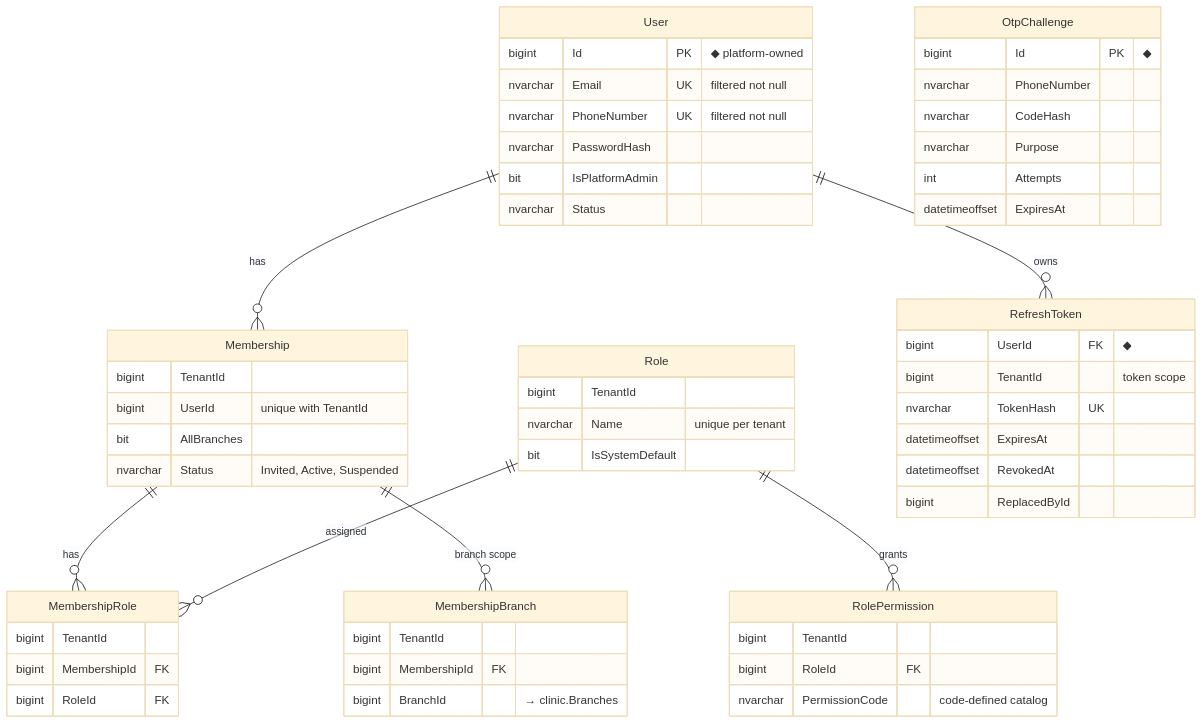
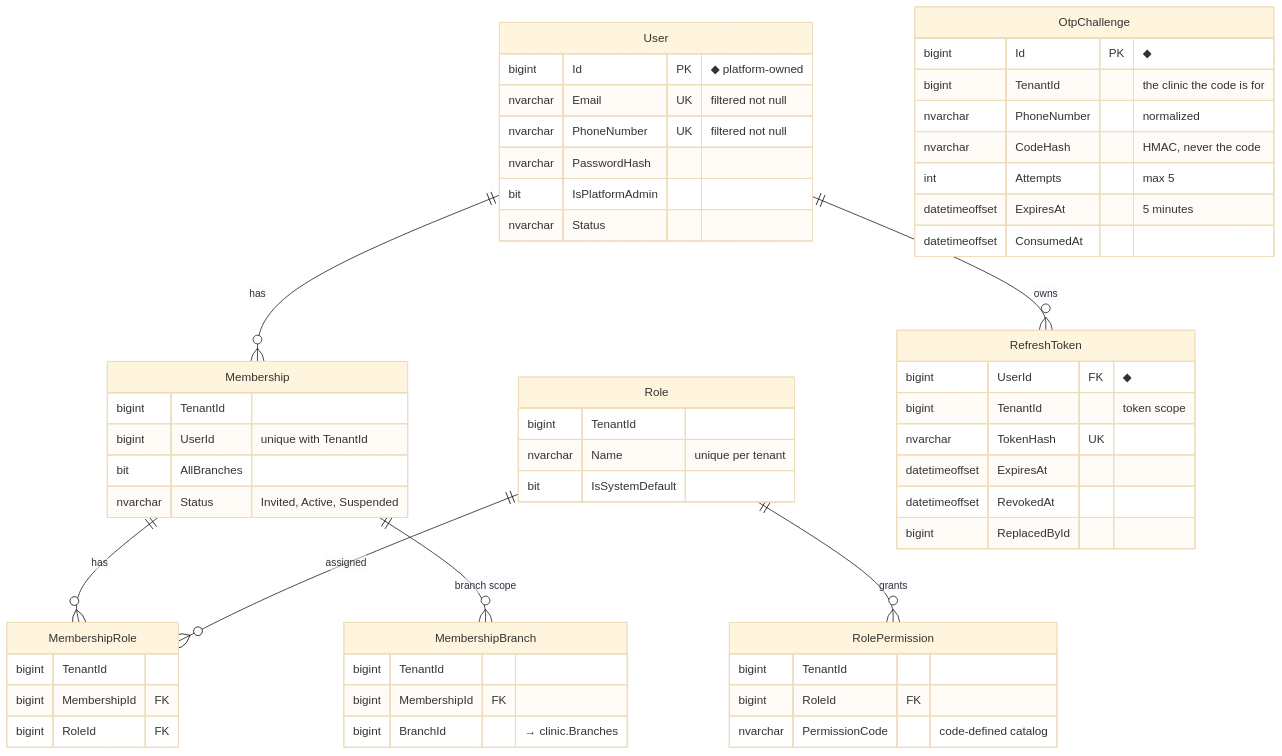
Before and after one commit to mohameabdelsalm/shifa-clinic: the first of 8 diagrams in docs/architecture/database-design.md, drawn with Mermaid (base theme). The commit also changed other lines of this file and 62 other files, not shown here.

````diff
--- a/docs/architecture/database-design.md
+++ b/docs/architecture/database-design.md
@@ -19,59 +19,60 @@
 ```mermaid
 erDiagram
   User ||--o{ Membership : has
   Membership ||--o{ MembershipRole : has
   Role ||--o{ MembershipRole : assigned
   Role ||--o{ RolePermission : grants
   Membership ||--o{ MembershipBranch : "branch scope"
   User ||--o{ RefreshToken : owns
   User {
     bigint Id PK "◆ platform-owned"
     nvarchar Email UK "filtered not null"
     nvarchar PhoneNumber UK "filtered not null"
     nvarchar PasswordHash
     bit IsPlatformAdmin
     nvarchar Status
   }
   Membership {
     bigint TenantId
     bigint UserId "unique with TenantId"
     bit AllBranches
     nvarchar Status "Invited, Active, Suspended"
   }
   Role {
     bigint TenantId
     nvarchar Name "unique per tenant"
     bit IsSystemDefault
   }
   RolePermission {
     bigint TenantId
     bigint RoleId FK
     nvarchar PermissionCode "code-defined catalog"
   }
   MembershipRole {
     bigint TenantId
     bigint MembershipId FK
     bigint RoleId FK
   }
   MembershipBranch {
     bigint TenantId
     bigint MembershipId FK
     bigint BranchId "→ clinic.Branches"
   }
   RefreshToken {
     bigint UserId FK "◆"
     bigint TenantId "token scope"
     nvarchar TokenHash UK
     datetimeoffset ExpiresAt
     datetimeoffset RevokedAt
     bigint ReplacedById
   }
   OtpChallenge {
     bigint Id PK "◆"
-    nvarchar PhoneNumber
-    nvarchar CodeHash
-    nvarchar Purpose
-    int Attempts
-    datetimeoffset ExpiresAt
+    bigint TenantId "the clinic the code is for"
+    nvarchar PhoneNumber "normalized"
+    nvarchar CodeHash "HMAC, never the code"
+    int Attempts "max 5"
+    datetimeoffset ExpiresAt "5 minutes"
+    datetimeoffset ConsumedAt
   }
 ```
````
